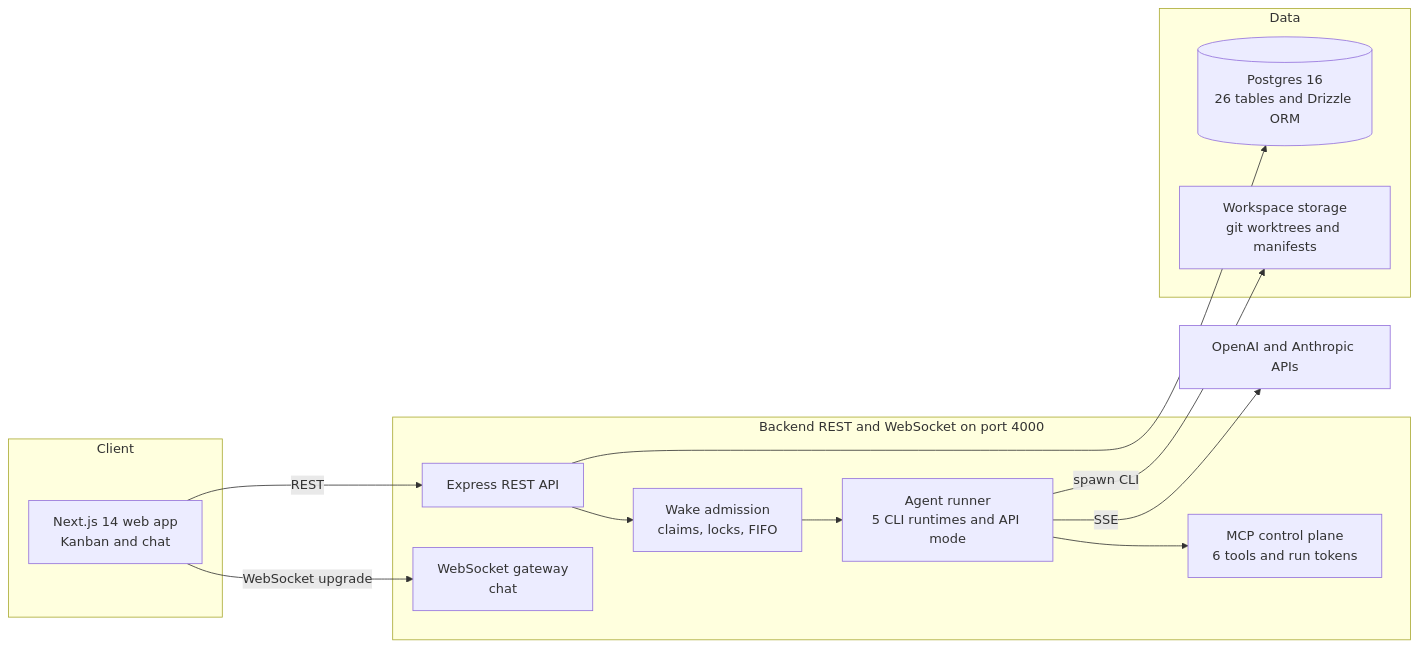
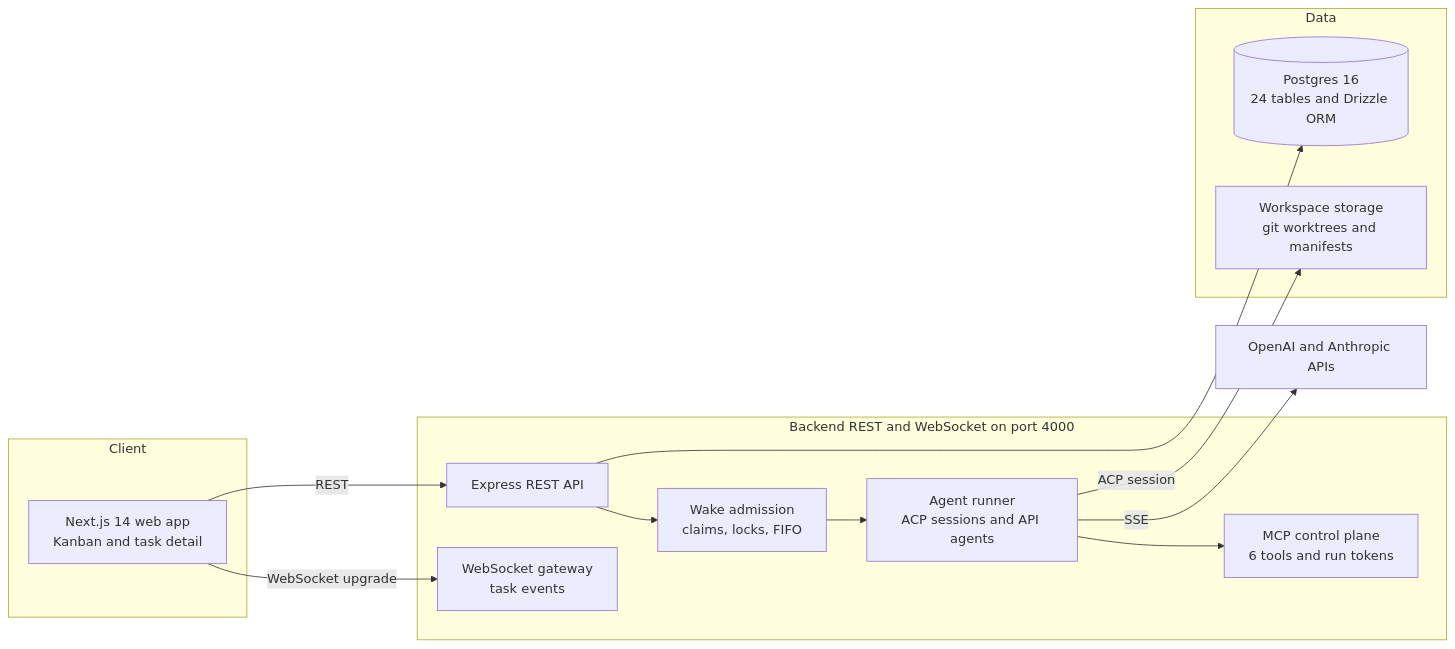
The diagram in README.md (jeremychenczm/loxo), drawn with Mermaid before and after one commit. The commit also changed other lines of this file and 1 other file, not shown here.

````diff
--- a/README.md
+++ b/README.md
@@ -83,26 +81,26 @@
 ```mermaid
 flowchart LR
     subgraph Client
-        FE[Next.js 14 web app<br/>Kanban and chat]
+        FE[Next.js 14 web app<br/>Kanban and task detail]
     end
     subgraph Server[Backend REST and WebSocket on port 4000]
         API[Express REST API]
-        WS[WebSocket gateway<br/>chat]
+        WS[WebSocket gateway<br/>task events]
         WAKE[Wake admission<br/>claims, locks, FIFO]
         MCP[MCP control plane<br/>6 tools and run tokens]
-        RUNNER[Agent runner<br/>5 CLI runtimes and API mode]
+        RUNNER[Agent runner<br/>ACP sessions and API agents]
     end
     subgraph Data
-        PG[(Postgres 16<br/>26 tables and Drizzle ORM)]
+        PG[(Postgres 16<br/>24 tables and Drizzle ORM)]
         FS[Workspace storage<br/>git worktrees and manifests]
     end
     LLM[OpenAI and Anthropic APIs]
 
     FE -->|REST| API
     FE -->|WebSocket upgrade| WS
     API --> WAKE --> RUNNER
     RUNNER --> MCP
-    RUNNER -->|spawn CLI| FS
+    RUNNER -->|ACP session| FS
     RUNNER -->|SSE| LLM
     API --> PG
 ```
````
